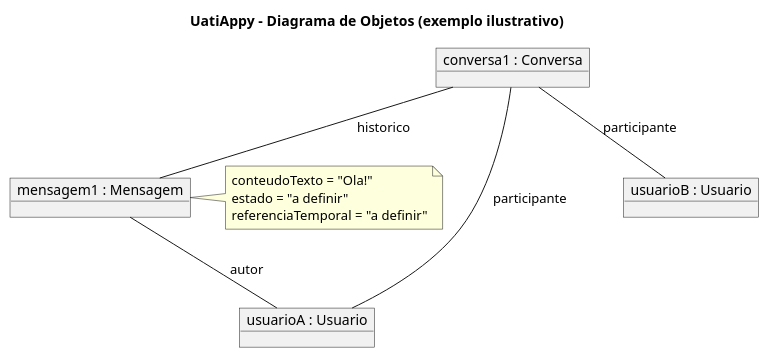
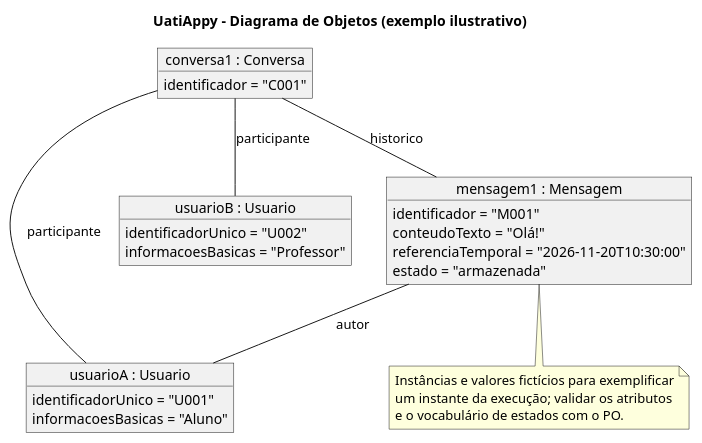
The fourth of 10 diagrams in Docs/requisitos/escopo-mvp.md (daviwanziler/uatiappy-vdois), drawn with PlantUML before and after one commit. The commit also changed other lines of this file, not shown here.

Commit message:
docs: corrigir notacao e modelagem dos diagramas UML

````diff
--- a/Docs/requisitos/escopo-mvp.md
+++ b/Docs/requisitos/escopo-mvp.md
@@ -283,21 +292,34 @@
 ```plantuml
 @startuml
 title UatiAppy - Diagrama de Objetos (exemplo ilustrativo)
 
-object "usuarioA : Usuario" as usuarioA
-object "usuarioB : Usuario" as usuarioB
-object "conversa1 : Conversa" as conversa1
-object "mensagem1 : Mensagem" as mensagem1
+object "usuarioA : Usuario" as usuarioA {
+  identificadorUnico = "U001"
+  informacoesBasicas = "Aluno"
+}
+object "usuarioB : Usuario" as usuarioB {
+  identificadorUnico = "U002"
+  informacoesBasicas = "Professor"
+}
+object "conversa1 : Conversa" as conversa1 {
+  identificador = "C001"
+}
+object "mensagem1 : Mensagem" as mensagem1 {
+  identificador = "M001"
+  conteudoTexto = "Olá!"
+  referenciaTemporal = "2026-11-20T10:30:00"
+  estado = "armazenada"
+}
 
 conversa1 -- usuarioA : participante
 conversa1 -- usuarioB : participante
 conversa1 -- mensagem1 : historico
 mensagem1 -- usuarioA : autor
 
-note right of mensagem1
-  conteudoTexto = "Ola!"
-  estado = "a definir"
-  referenciaTemporal = "a definir"
+note bottom
+  Instâncias e valores fictícios para exemplificar
+  um instante da execução; validar os atributos
+  e o vocabulário de estados com o PO.
 end note
 @enduml
 ```
````
